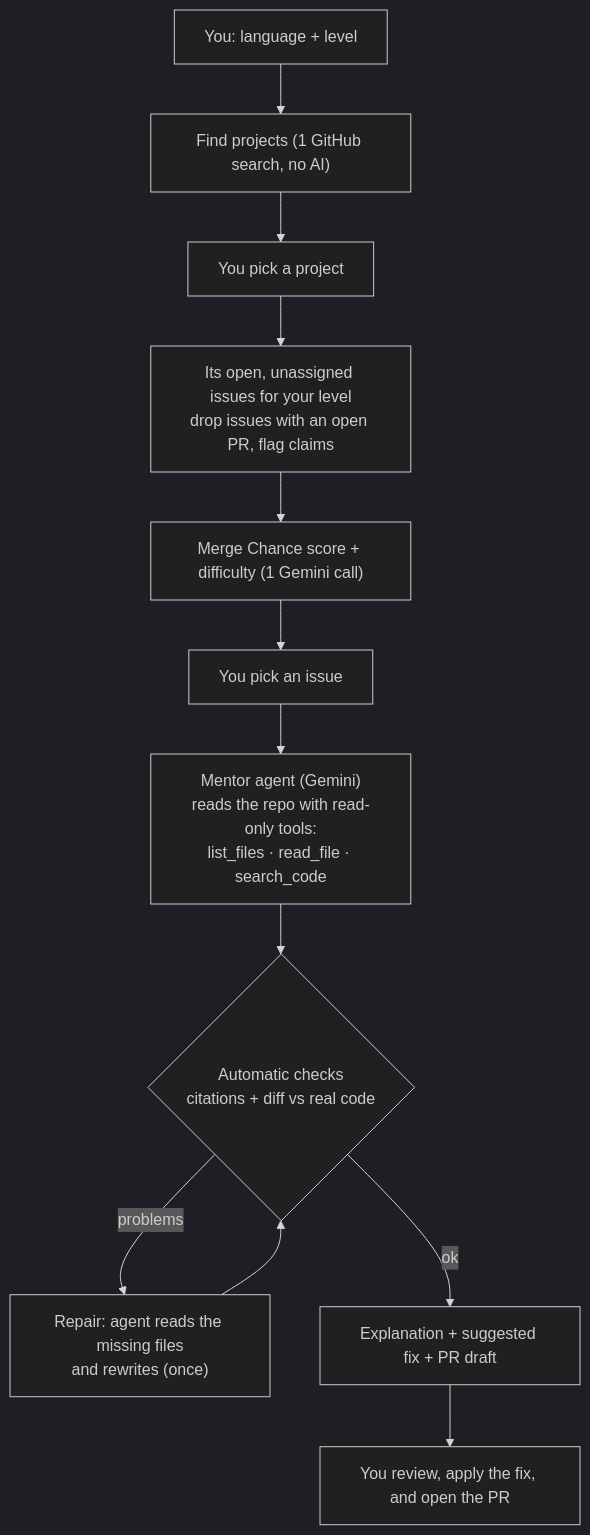
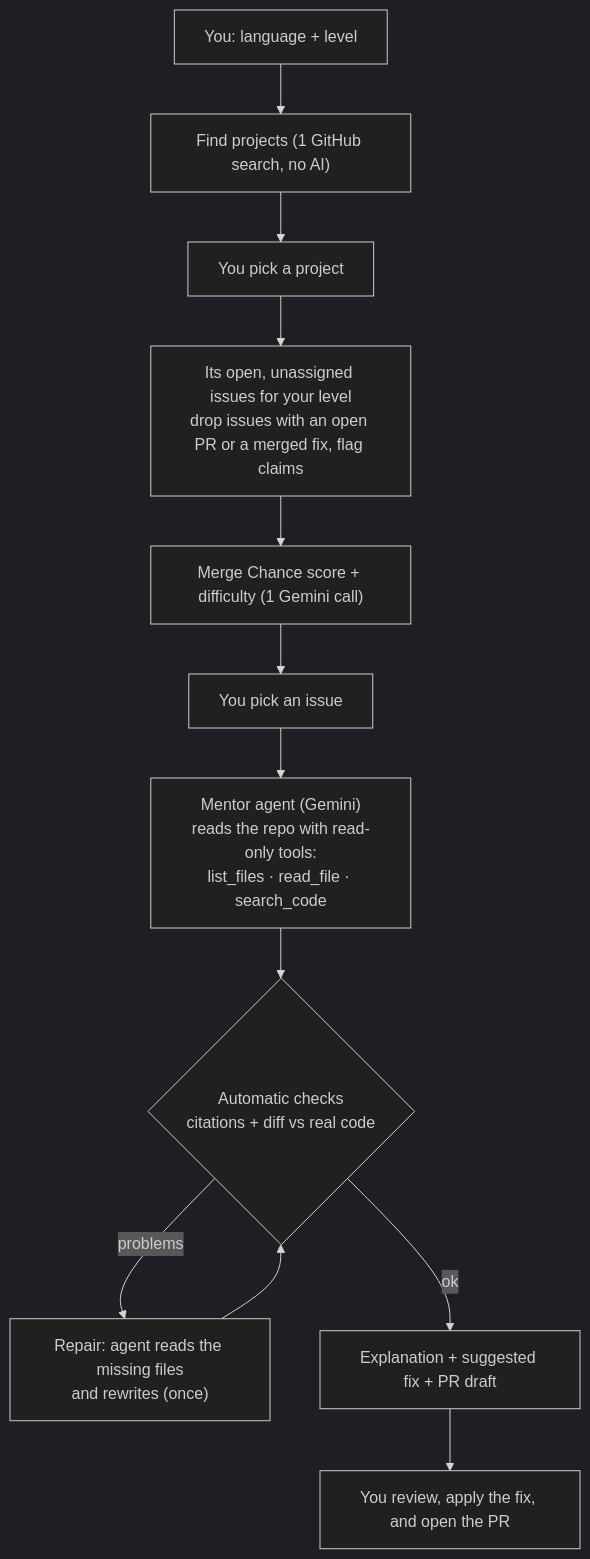
The diagram in agents/merge-mentor/README.md (gdgcblr/open-source-agents), drawn with Mermaid (dark theme) before and after one commit. The commit also changed other lines of this file and 11 other files, not shown here.

````diff
--- a/agents/merge-mentor/README.md
+++ b/agents/merge-mentor/README.md
@@ -55,14 +55,14 @@
 ```mermaid
 flowchart TD
     A["You: language + level"] --> B["Find projects (1 GitHub search, no AI)"]
     B --> C["You pick a project"]
-    C --> D["Its open, unassigned issues for your level<br/>drop issues with an open PR, flag claims"]
+    C --> D["Its open, unassigned issues for your level<br/>drop issues with an open PR or a merged fix, flag claims"]
     D --> E["Merge Chance score + difficulty (1 Gemini call)"]
     E --> F["You pick an issue"]
     F --> G["Mentor agent (Gemini)<br/>reads the repo with read-only tools:<br/>list_files · read_file · search_code"]
     G --> H{"Automatic checks<br/>citations + diff vs real code"}
     H -- problems --> I["Repair: agent reads the missing files<br/>and rewrites (once)"]
     I --> H
     H -- ok --> J["Explanation + suggested fix + PR draft"]
     J --> K["You review, apply the fix, and open the PR"]
 ```
````
